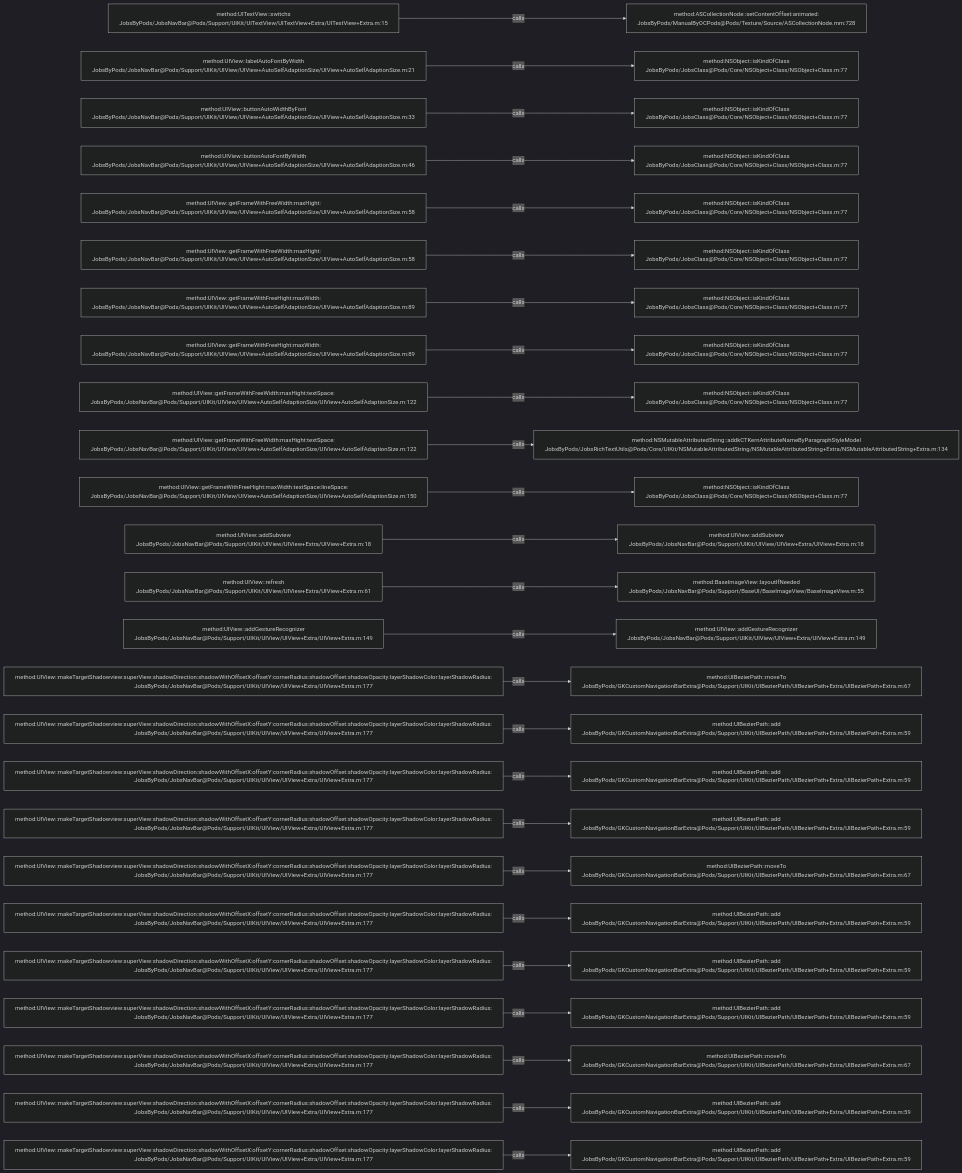
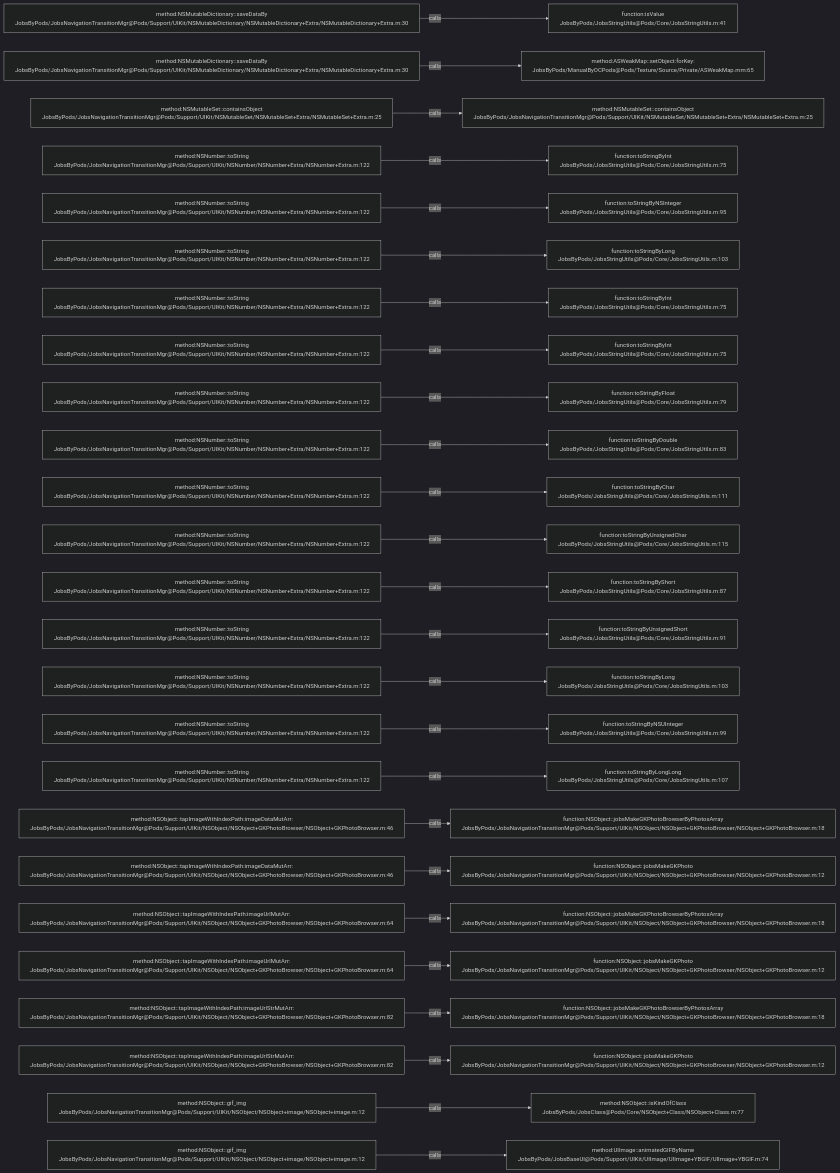
One commit to JobsKits/JobsOCBaseConfigDemo changed the diagram in .codegraph/codegraph.md/graphs/calls-124.md. Above: the diagram before and after it, drawn with Mermaid (dark theme). The commit also changed 639 other files, not shown here.

````diff
--- a/.codegraph/codegraph.md/graphs/calls-124.md
+++ b/.codegraph/codegraph.md/graphs/calls-124.md
@@ -13,78 +13,78 @@
 ```mermaid
 flowchart LR
-  S1["method:UITextView::switchs<br/>JobsByPods/JobsNavBar@Pods/Support/UIKit/UITextView/UITextView+Extra/UITextView+Extra.m:15"]
-  T1["method:ASCollectionNode::setContentOffset:animated:<br/>JobsByPods/ManualByOCPods@Pods/Texture/Source/ASCollectionNode.mm:728"]
+  S1["method:NSMutableDictionary::saveDataBy<br/>JobsByPods/JobsNavigationTransitionMgr@Pods/Support/UIKit/NSMutableDictionary/NSMutableDictionary+Extra/NSMutableDictionary+Extra.m:30"]
+  T1["function:isValue<br/>JobsByPods/JobsStringUtils@Pods/Core/JobsStringUtils.m:41"]
   S1 -->|calls| T1
-  S2["method:UIView::labelAutoFontByWidth<br/>JobsByPods/JobsNavBar@Pods/Support/UIKit/UIView/UIView+AutoSelfAdaptionSize/UIView+AutoSelfAdaptionSize.m:21"]
-  T2["method:NSObject::isKindOfClass<br/>JobsByPods/JobsClass@Pods/Core/NSObject+Class/NSObject+Class.m:77"]
+  S2["method:NSMutableDictionary::saveDataBy<br/>JobsByPods/JobsNavigationTransitionMgr@Pods/Support/UIKit/NSMutableDictionary/NSMutableDictionary+Extra/NSMutableDictionary+Extra.m:30"]
+  T2["method:ASWeakMap::setObject:forKey:<br/>JobsByPods/ManualByOCPods@Pods/Texture/Source/Private/ASWeakMap.mm:65"]
   S2 -->|calls| T2
-  S3["method:UIView::buttonAutoWidthByFont<br/>JobsByPods/JobsNavBar@Pods/Support/UIKit/UIView/UIView+AutoSelfAdaptionSize/UIView+AutoSelfAdaptionSize.m:33"]
-  T3["method:NSObject::isKindOfClass<br/>JobsByPods/JobsClass@Pods/Core/NSObject+Class/NSObject+Class.m:77"]
+  S3["method:NSMutableSet::containsObject<br/>JobsByPods/JobsNavigationTransitionMgr@Pods/Support/UIKit/NSMutableSet/NSMutableSet+Extra/NSMutableSet+Extra.m:25"]
+  T3["method:NSMutableSet::containsObject<br/>JobsByPods/JobsNavigationTransitionMgr@Pods/Support/UIKit/NSMutableSet/NSMutableSet+Extra/NSMutableSet+Extra.m:25"]
   S3 -->|calls| T3
-  S4["method:UIView::buttonAutoFontByWidth<br/>JobsByPods/JobsNavBar@Pods/Support/UIKit/UIView/UIView+AutoSelfAdaptionSize/UIView+AutoSelfAdaptionSize.m:46"]
-  T4["method:NSObject::isKindOfClass<br/>JobsByPods/JobsClass@Pods/Core/NSObject+Class/NSObject+Class.m:77"]
+  S4["method:NSNumber::toString<br/>JobsByPods/JobsNavigationTransitionMgr@Pods/Support/UIKit/NSNumber/NSNumber+Extra/NSNumber+Extra.m:122"]
+  T4["function:toStringByInt<br/>JobsByPods/JobsStringUtils@Pods/Core/JobsStringUtils.m:75"]
   S4 -->|calls| T4
-  S5["method:UIView::getFrameWithFreeWidth:maxHight:<br/>JobsByPods/JobsNavBar@Pods/Support/UIKit/UIView/UIView+AutoSelfAdaptionSize/UIView+AutoSelfAdaptionSize.m:58"]
-  T5["method:NSObject::isKindOfClass<br/>JobsByPods/JobsClass@Pods/Core/NSObject+Class/NSObject+Class.m:77"]
+  S5["method:NSNumber::toString<br/>JobsByPods/JobsNavigationTransitionMgr@Pods/Support/UIKit/NSNumber/NSNumber+Extra/NSNumber+Extra.m:122"]
+  T5["function:toStringByNSInteger<br/>JobsByPods/JobsStringUtils@Pods/Core/JobsStringUtils.m:95"]
   S5 -->|calls| T5
-  S6["method:UIView::getFrameWithFreeWidth:maxHight:<br/>JobsByPods/JobsNavBar@Pods/Support/UIKit/UIView/UIView+AutoSelfAdaptionSize/UIView+AutoSelfAdaptionSize.m:58"]
-  T6["method:NSObject::isKindOfClass<br/>JobsByPods/JobsClass@Pods/Core/NSObject+Class/NSObject+Class.m:77"]
+  S6["method:NSNumber::toString<br/>JobsByPods/JobsNavigationTransitionMgr@Pods/Support/UIKit/NSNumber/NSNumber+Extra/NSNumber+Extra.m:122"]
+  T6["function:toStringByLong<br/>JobsByPods/JobsStringUtils@Pods/Core/JobsStringUtils.m:103"]
   S6 -->|calls| T6
-  S7["method:UIView::getFrameWithFreeHight:maxWidth:<br/>JobsByPods/JobsNavBar@Pods/Support/UIKit/UIView/UIView+AutoSelfAdaptionSize/UIView+AutoSelfAdaptionSize.m:89"]
-  T7["method:NSObject::isKindOfClass<br/>JobsByPods/JobsClass@Pods/Core/NSObject+Class/NSObject+Class.m:77"]
+  S7["method:NSNumber::toString<br/>JobsByPods/JobsNavigationTransitionMgr@Pods/Support/UIKit/NSNumber/NSNumber+Extra/NSNumber+Extra.m:122"]
+  T7["function:toStringByInt<br/>JobsByPods/JobsStringUtils@Pods/Core/JobsStringUtils.m:75"]
   S7 -->|calls| T7
-  S8["method:UIView::getFrameWithFreeHight:maxWidth:<br/>JobsByPods/JobsNavBar@Pods/Support/UIKit/UIView/UIView+AutoSelfAdaptionSize/UIView+AutoSelfAdaptionSize.m:89"]
-  T8["method:NSObject::isKindOfClass<br/>JobsByPods/JobsClass@Pods/Core/NSObject+Class/NSObject+Class.m:77"]
+  S8["method:NSNumber::toString<br/>JobsByPods/JobsNavigationTransitionMgr@Pods/Support/UIKit/NSNumber/NSNumber+Extra/NSNumber+Extra.m:122"]
+  T8["function:toStringByInt<br/>JobsByPods/JobsStringUtils@Pods/Core/JobsStringUtils.m:75"]
   S8 -->|calls| T8
-  S9["method:UIView::getFrameWithFreeWidth:maxHight:textSpace:<br/>JobsByPods/JobsNavBar@Pods/Support/UIKit/UIView/UIView+AutoSelfAdaptionSize/UIView+AutoSelfAdaptionSize.m:122"]
-  T9["method:NSObject::isKindOfClass<br/>JobsByPods/JobsClass@Pods/Core/NSObject+Class/NSObject+Class.m:77"]
+  S9["method:NSNumber::toString<br/>JobsByPods/JobsNavigationTransitionMgr@Pods/Support/UIKit/NSNumber/NSNumber+Extra/NSNumber+Extra.m:122"]
+  T9["function:toStringByFloat<br/>JobsByPods/JobsStringUtils@Pods/Core/JobsStringUtils.m:79"]
   S9 -->|calls| T9
-  S10["method:UIView::getFrameWithFreeWidth:maxHight:textSpace:<br/>JobsByPods/JobsNavBar@Pods/Support/UIKit/UIView/UIView+AutoSelfAdaptionSize/UIView+AutoSelfAdaptionSize.m:122"]
-  T10["method:NSMutableAttributedString::addkCTKernAttributeNameByParagraphStyleModel<br/>JobsByPods/JobsRichTextUtils@Pods/Core/UIKit/NSMutableAttributedString/NSMutableAttributedString+Extra/NSMutableAttributedString+Extra.m:134"]
+  S10["method:NSNumber::toString<br/>JobsByPods/JobsNavigationTransitionMgr@Pods/Support/UIKit/NSNumber/NSNumber+Extra/NSNumber+Extra.m:122"]
+  T10["function:toStringByDouble<br/>JobsByPods/JobsStringUtils@Pods/Core/JobsStringUtils.m:83"]
   S10 -->|calls| T10
-  S11["method:UIView::getFrameWithFreeHight:maxWidth:textSpace:lineSpace:<br/>JobsByPods/JobsNavBar@Pods/Support/UIKit/UIView/UIView+AutoSelfAdaptionSize/UIView+AutoSelfAdaptionSize.m:150"]
-  T11["method:NSObject::isKindOfClass<br/>JobsByPods/JobsClass@Pods/Core/NSObject+Class/NSObject+Class.m:77"]
+  S11["method:NSNumber::toString<br/>JobsByPods/JobsNavigationTransitionMgr@Pods/Support/UIKit/NSNumber/NSNumber+Extra/NSNumber+Extra.m:122"]
+  T11["function:toStringByChar<br/>JobsByPods/JobsStringUtils@Pods/Core/JobsStringUtils.m:111"]
   S11 -->|calls| T11
-  S12["method:UIView::addSubview<br/>JobsByPods/JobsNavBar@Pods/Support/UIKit/UIView/UIView+Extra/UIView+Extra.m:18"]
-  T12["method:UIView::addSubview<br/>JobsByPods/JobsNavBar@Pods/Support/UIKit/UIView/UIView+Extra/UIView+Extra.m:18"]
+  S12["method:NSNumber::toString<br/>JobsByPods/JobsNavigationTransitionMgr@Pods/Support/UIKit/NSNumber/NSNumber+Extra/NSNumber+Extra.m:122"]
+  T12["function:toStringByUnsignedChar<br/>JobsByPods/JobsStringUtils@Pods/Core/JobsStringUtils.m:115"]
   S12 -->|calls| T12
-  S13["method:UIView::refresh<br/>JobsByPods/JobsNavBar@Pods/Support/UIKit/UIView/UIView+Extra/UIView+Extra.m:61"]
-  T13["method:BaseImageView::layoutIfNeeded<br/>JobsByPods/JobsNavBar@Pods/Support/BaseUI/BaseImageView/BaseImageView.m:55"]
+  S13["method:NSNumber::toString<br/>JobsByPods/JobsNavigationTransitionMgr@Pods/Support/UIKit/NSNumber/NSNumber+Extra/NSNumber+Extra.m:122"]
+  T13["function:toStringByShort<br/>JobsByPods/JobsStringUtils@Pods/Core/JobsStringUtils.m:87"]
   S13 -->|calls| T13
-  S14["method:UIView::addGestureRecognizer<br/>JobsByPods/JobsNavBar@Pods/Support/UIKit/UIView/UIView+Extra/UIView+Extra.m:149"]
-  T14["method:UIView::addGestureRecognizer<br/>JobsByPods/JobsNavBar@Pods/Support/UIKit/UIView/UIView+Extra/UIView+Extra.m:149"]
+  S14["method:NSNumber::toString<br/>JobsByPods/JobsNavigationTransitionMgr@Pods/Support/UIKit/NSNumber/NSNumber+Extra/NSNumber+Extra.m:122"]
+  T14["function:toStringByUnsignedShort<br/>JobsByPods/JobsStringUtils@Pods/Core/JobsStringUtils.m:91"]
   S14 -->|calls| T14
-  S15["method:UIView::makeTargetShadowview:superView:shadowDirection:shadowWithOffsetX:offsetY:cornerRadius:shadowOffset:shadowOpacity:layerShadowColor:layerShadowRadius:<br/>JobsByPods/JobsNavBar@Pods/Support/UIKit/UIView/UIView+Extra/UIView+Extra.m:177"]
-  T15["method:UIBezierPath::moveTo<br/>JobsByPods/GKCustomNavigationBarExtra@Pods/Support/UIKit/UIBezierPath/UIBezierPath+Extra/UIBezierPath+Extra.m:67"]
+  S15["method:NSNumber::toString<br/>JobsByPods/JobsNavigationTransitionMgr@Pods/Support/UIKit/NSNumber/NSNumber+Extra/NSNumber+Extra.m:122"]
+  T15["function:toStringByLong<br/>JobsByPods/JobsStringUtils@Pods/Core/JobsStringUtils.m:103"]
   S15 -->|calls| T15
-  S16["method:UIView::makeTargetShadowview:superView:shadowDirection:shadowWithOffsetX:offsetY:cornerRadius:shadowOffset:shadowOpacity:layerShadowColor:layerShadowRadius:<br/>JobsByPods/JobsNavBar@Pods/Support/UIKit/UIView/UIView+Extra/UIView+Extra.m:177"]
-  T16["method:UIBezierPath::add<br/>JobsByPods/GKCustomNavigationBarExtra@Pods/Support/UIKit/UIBezierPath/UIBezierPath+Extra/UIBezierPath+Extra.m:59"]
+  S16["method:NSNumber::toString<br/>JobsByPods/JobsNavigationTransitionMgr@Pods/Support/UIKit/NSNumber/NSNumber+Extra/NSNumber+Extra.m:122"]
+  T16["function:toStringByNSUInteger<br/>JobsByPods/JobsStringUtils@Pods/Core/JobsStringUtils.m:99"]
   S16 -->|calls| T16
-  S17["method:UIView::makeTargetShadowview:superView:shadowDirection:shadowWithOffsetX:offsetY:cornerRadius:shadowOffset:shadowOpacity:layerShadowColor:layerShadowRadius:<br/>JobsByPods/JobsNavBar@Pods/Support/UIKit/UIView/UIView+Extra/UIView+Extra.m:177"]
-  T17["method:UIBezierPath::add<br/>JobsByPods/GKCustomNavigationBarExtra@Pods/Support/UIKit/UIBezierPath/UIBezierPath+Extra/UIBezierPath+Extra.m:59"]
+  S17["method:NSNumber::toString<br/>JobsByPods/JobsNavigationTransitionMgr@Pods/Support/UIKit/NSNumber/NSNumber+Extra/NSNumber+Extra.m:122"]
+  T17["function:toStringByLongLong<br/>JobsByPods/JobsStringUtils@Pods/Core/JobsStringUtils.m:107"]
   S17 -->|calls| T17
-  S18["method:UIView::makeTargetShadowview:superView:shadowDirection:shadowWithOffsetX:offsetY:cornerRadius:shadowOffset:shadowOpacity:layerShadowColor:layerShadowRadius:<br/>JobsByPods/JobsNavBar@Pods/Support/UIKit/UIView/UIView+Extra/UIView+Extra.m:177"]
-  T18["method:UIBezierPath::add<br/>JobsByPods/GKCustomNavigationBarExtra@Pods/Support/UIKit/UIBezierPath/UIBezierPath+Extra/UIBezierPath+Extra.m:59"]
+  S18["method:NSObject::tapImageWithIndexPath:imageDataMutArr:<br/>JobsByPods/JobsNavigationTransitionMgr@Pods/Support/UIKit/NSObject/NSObject+GKPhotoBrowser/NSObject+GKPhotoBrowser.m:46"]
+  T18["function:NSObject::jobsMakeGKPhotoBrowserByPhotosArray<br/>JobsByPods/JobsNavigationTransitionMgr@Pods/Support/UIKit/NSObject/NSObject+GKPhotoBrowser/NSObject+GKPhotoBrowser.m:18"]
   S18 -->|calls| T18
-  S19["method:UIView::makeTargetShadowview:superView:shadowDirection:shadowWithOffsetX:offsetY:cornerRadius:shadowOffset:shadowOpacity:layerShadowColor:layerShadowRadius:<br/>JobsByPods/JobsNavBar@Pods/Support/UIKit/UIView/UIView+Extra/UIView+Extra.m:177"]
-  T19["method:UIBezierPath::moveTo<br/>JobsByPods/GKCustomNavigationBarExtra@Pods/Support/UIKit/UIBezierPath/UIBezierPath+Extra/UIBezierPath+Extra.m:67"]
+  S19["method:NSObject::tapImageWithIndexPath:imageDataMutArr:<br/>JobsByPods/JobsNavigationTransitionMgr@Pods/Support/UIKit/NSObject/NSObject+GKPhotoBrowser/NSObject+GKPhotoBrowser.m:46"]
+  T19["function:NSObject::jobsMakeGKPhoto<br/>JobsByPods/JobsNavigationTransitionMgr@Pods/Support/UIKit/NSObject/NSObject+GKPhotoBrowser/NSObject+GKPhotoBrowser.m:12"]
   S19 -->|calls| T19
-  S20["method:UIView::makeTargetShadowview:superView:shadowDirection:shadowWithOffsetX:offsetY:cornerRadius:shadowOffset:shadowOpacity:layerShadowColor:layerShadowRadius:<br/>JobsByPods/JobsNavBar@Pods/Support/UIKit/UIView/UIView+Extra/UIView+Extra.m:177"]
-  T20["method:UIBezierPath::add<br/>JobsByPods/GKCustomNavigationBarExtra@Pods/Support/UIKit/UIBezierPath/UIBezierPath+Extra/UIBezierPath+Extra.m:59"]
+  S20["method:NSObject::tapImageWithIndexPath:imageUrlMutArr:<br/>JobsByPods/JobsNavigationTransitionMgr@Pods/Support/UIKit/NSObject/NSObject+GKPhotoBrowser/NSObject+GKPhotoBrowser.m:64"]
+  T20["function:NSObject::jobsMakeGKPhotoBrowserByPhotosArray<br/>JobsByPods/JobsNavigationTransitionMgr@Pods/Support/UIKit/NSObject/NSObject+GKPhotoBrowser/NSObject+GKPhotoBrowser.m:18"]
   S20 -->|calls| T20
-  S21["method:UIView::makeTargetShadowview:superView:shadowDirection:shadowWithOffsetX:offsetY:cornerRadius:shadowOffset:shadowOpacity:layerShadowColor:layerShadowRadius:<br/>JobsByPods/JobsNavBar@Pods/Support/UIKit/UIView/UIView+Extra/UIView+Extra.m:177"]
-  T21["method:UIBezierPath::add<br/>JobsByPods/GKCustomNavigationBarExtra@Pods/Support/UIKit/UIBezierPath/UIBezierPath+Extra/UIBezierPath+Extra.m:59"]
+  S21["method:NSObject::tapImageWithIndexPath:imageUrlMutArr:<br/>JobsByPods/JobsNavigationTransitionMgr@Pods/Support/UIKit/NSObject/NSObject+GKPhotoBrowser/NSObject+GKPhotoBrowser.m:64"]
+  T21["function:NSObject::jobsMakeGKPhoto<br/>JobsByPods/JobsNavigationTransitionMgr@Pods/Support/UIKit/NSObject/NSObject+GKPhotoBrowser/NSObject+GKPhotoBrowser.m:12"]
   S21 -->|calls| T21
-  S22["method:UIView::makeTargetShadowview:superView:shadowDirection:shadowWithOffsetX:offsetY:cornerRadius:shadowOffset:shadowOpacity:layerShadowColor:layerShadowRadius:<br/>JobsByPods/JobsNavBar@Pods/Support/UIKit/UIView/UIView+Extra/UIView+Extra.m:177"]
-  T22["method:UIBezierPath::add<br/>JobsByPods/GKCustomNavigationBarExtra@Pods/Support/UIKit/UIBezierPath/UIBezierPath+Extra/UIBezierPath+Extra.m:59"]
+  S22["method:NSObject::tapImageWithIndexPath:imageUrlStrMutArr:<br/>JobsByPods/JobsNavigationTransitionMgr@Pods/Support/UIKit/NSObject/NSObject+GKPhotoBrowser/NSObject+GKPhotoBrowser.m:82"]
+  T22["function:NSObject::jobsMakeGKPhotoBrowserByPhotosArray<br/>JobsByPods/JobsNavigationTransitionMgr@Pods/Support/UIKit/NSObject/NSObject+GKPhotoBrowser/NSObject+GKPhotoBrowser.m:18"]
   S22 -->|calls| T22
-  S23["method:UIView::makeTargetShadowview:superView:shadowDirection:shadowWithOffsetX:offsetY:cornerRadius:shadowOffset:shadowOpacity:layerShadowColor:layerShadowRadius:<br/>JobsByPods/JobsNavBar@Pods/Support/UIKit/UIView/UIView+Extra/UIView+Extra.m:177"]
-  T23["method:UIBezierPath::moveTo<br/>JobsByPods/GKCustomNavigationBarExtra@Pods/Support/UIKit/UIBezierPath/UIBezierPath+Extra/UIBezierPath+Extra.m:67"]
+  S23["method:NSObject::tapImageWithIndexPath:imageUrlStrMutArr:<br/>JobsByPods/JobsNavigationTransitionMgr@Pods/Support/UIKit/NSObject/NSObject+GKPhotoBrowser/NSObject+GKPhotoBrowser.m:82"]
+  T23["function:NSObject::jobsMakeGKPhoto<br/>JobsByPods/JobsNavigationTransitionMgr@Pods/Support/UIKit/NSObject/NSObject+GKPhotoBrowser/NSObject+GKPhotoBrowser.m:12"]
   S23 -->|calls| T23
-  S24["method:UIView::makeTargetShadowview:superView:shadowDirection:shadowWithOffsetX:offsetY:cornerRadius:shadowOffset:shadowOpacity:layerShadowColor:layerShadowRadius:<br/>JobsByPods/JobsNavBar@Pods/Support/UIKit/UIView/UIView+Extra/UIView+Extra.m:177"]
-  T24["method:UIBezierPath::add<br/>JobsByPods/GKCustomNavigationBarExtra@Pods/Support/UIKit/UIBezierPath/UIBezierPath+Extra/UIBezierPath+Extra.m:59"]
+  S24["method:NSObject::gif_img<br/>JobsByPods/JobsNavigationTransitionMgr@Pods/Support/UIKit/NSObject/NSObject+image/NSObject+image.m:12"]
+  T24["method:NSObject::isKindOfClass<br/>JobsByPods/JobsClass@Pods/Core/NSObject+Class/NSObject+Class.m:77"]
   S24 -->|calls| T24
-  S25["method:UIView::makeTargetShadowview:superView:shadowDirection:shadowWithOffsetX:offsetY:cornerRadius:shadowOffset:shadowOpacity:layerShadowColor:layerShadowRadius:<br/>JobsByPods/JobsNavBar@Pods/Support/UIKit/UIView/UIView+Extra/UIView+Extra.m:177"]
-  T25["method:UIBezierPath::add<br/>JobsByPods/GKCustomNavigationBarExtra@Pods/Support/UIKit/UIBezierPath/UIBezierPath+Extra/UIBezierPath+Extra.m:59"]
+  S25["method:NSObject::gif_img<br/>JobsByPods/JobsNavigationTransitionMgr@Pods/Support/UIKit/NSObject/NSObject+image/NSObject+image.m:12"]
+  T25["method:UIImage::animatedGIFByName<br/>JobsByPods/JobsBaseUI@Pods/Support/UIKit/UIImage/UIImage+YBGIF/UIImage+YBGIF.m:74"]
   S25 -->|calls| T25
 ```
````
